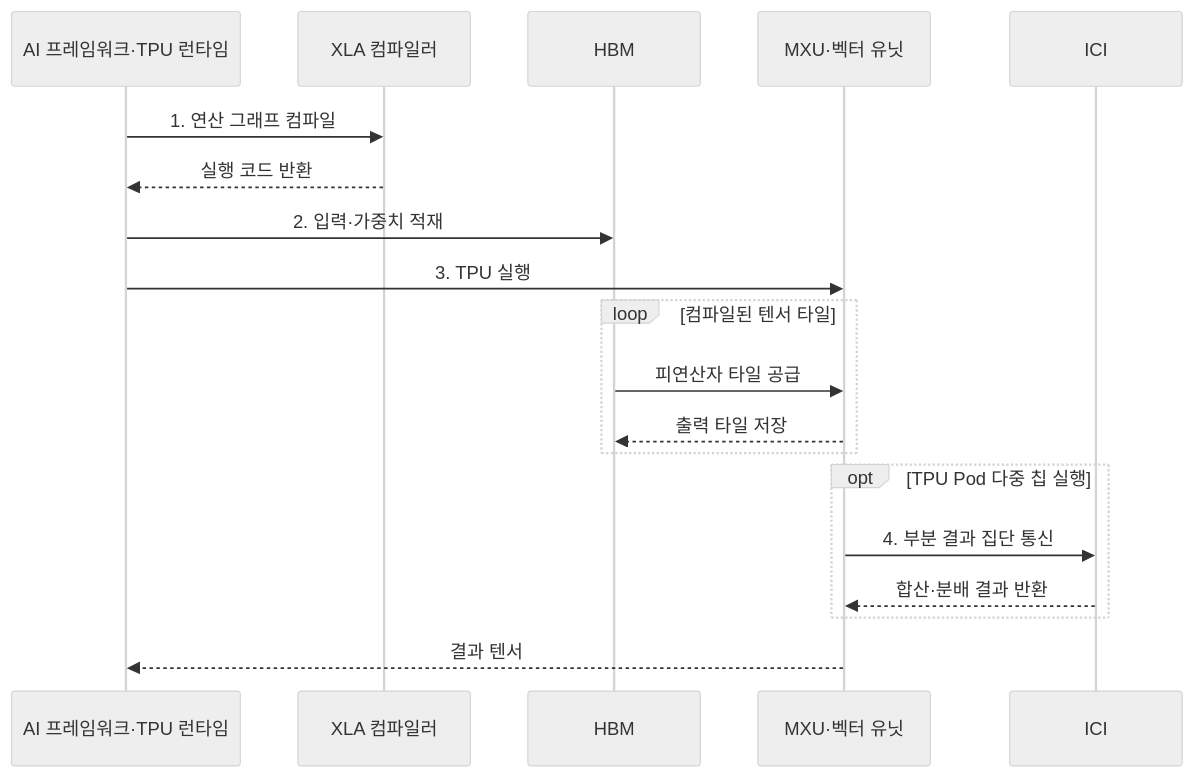
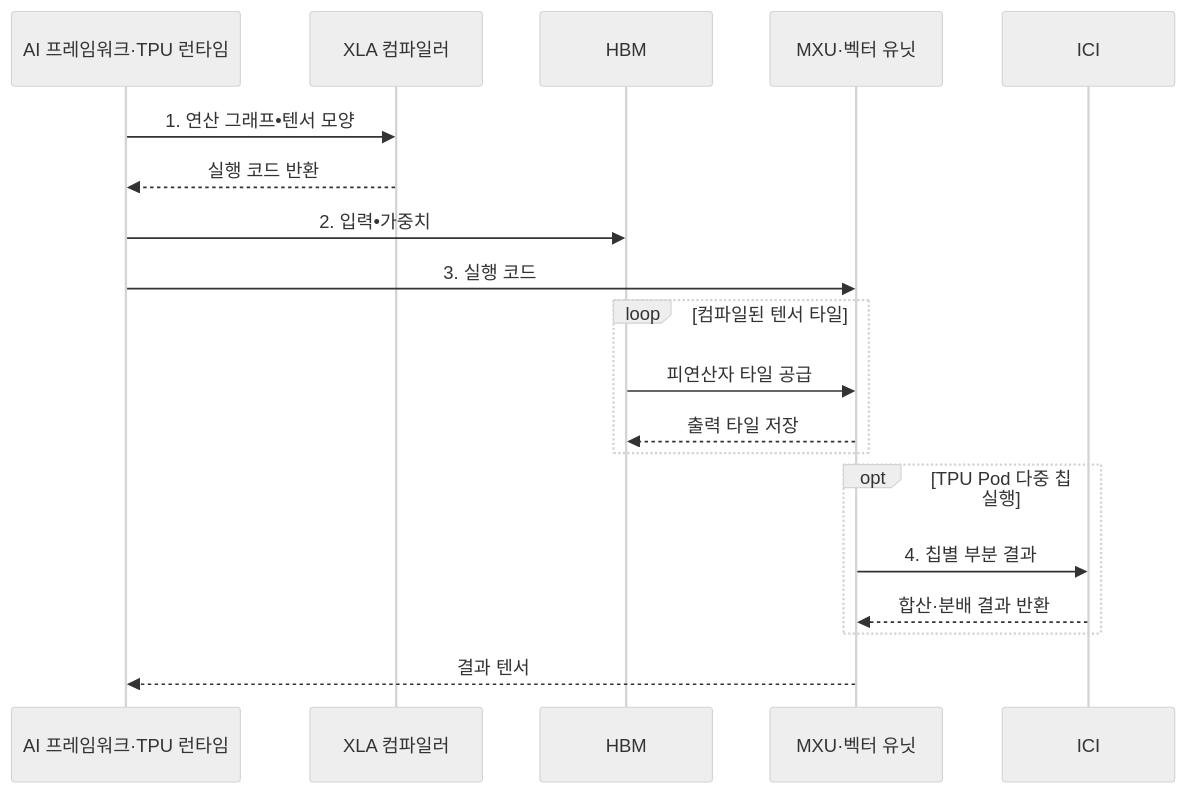
The second of 2 diagrams in src/content/docs/notes/02-hardware/043_tensor_processing_unit.md (agnusdei1207/knowledge-base), drawn with Mermaid (neutral theme) before and after one commit. The commit also changed other lines of this file and 20 other files, not shown here.

````diff
--- a/src/content/docs/notes/02-hardware/043_tensor_processing_unit.md
+++ b/src/content/docs/notes/02-hardware/043_tensor_processing_unit.md
@@ -88,22 +91,22 @@
 ```mermaid
 sequenceDiagram
     participant A as AI 프레임워크·TPU 런타임
     participant X as XLA 컴파일러
     participant H as HBM
     participant C as MXU·벡터 유닛
     participant I as ICI
 
-    A->>X: 1. 연산 그래프 컴파일
+    A->>X: 1. 연산 그래프•텐서 모양
     X-->>A: 실행 코드 반환
-    A->>H: 2. 입력·가중치 적재
-    A->>C: 3. TPU 실행
+    A->>H: 2. 입력•가중치
+    A->>C: 3. 실행 코드
     loop 컴파일된 텐서 타일
         H->>C: 피연산자 타일 공급
         C-->>H: 출력 타일 저장
     end
     opt TPU Pod 다중 칩 실행
-        C->>I: 4. 부분 결과 집단 통신
+        C->>I: 4. 칩별 부분 결과
         I-->>C: 합산·분배 결과 반환
     end
     C-->>A: 결과 텐서
 ```
````
